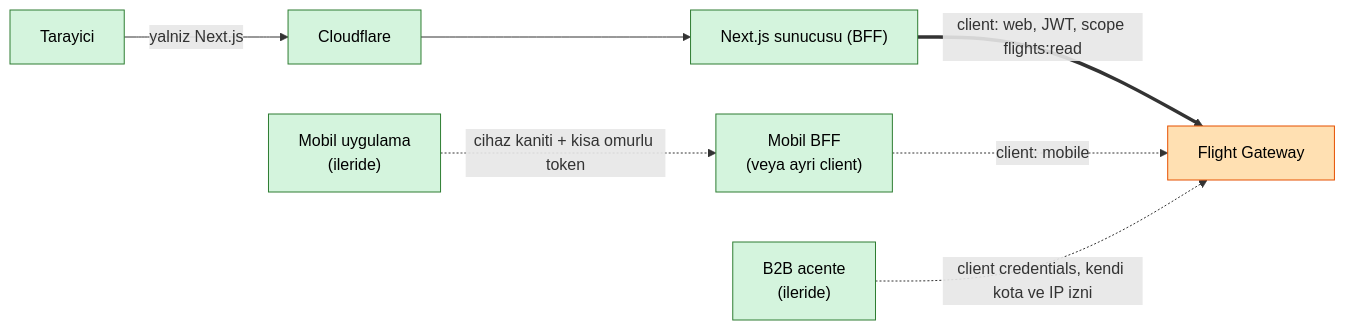
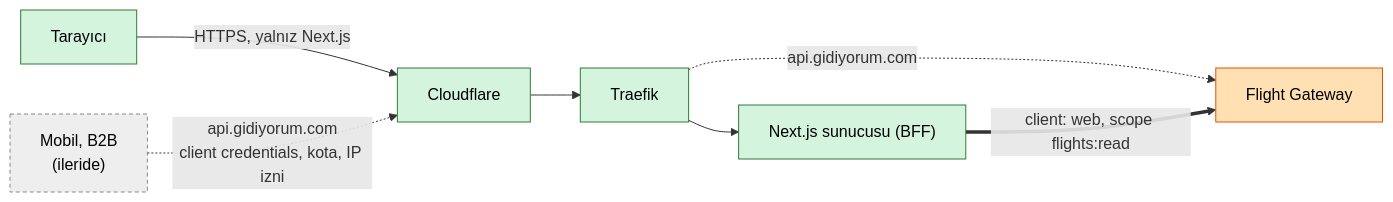
Before and after one commit to cihantaylan/tourvisio-mimari-plan: the seventh of 7 diagrams in README.md, drawn with Mermaid. The commit also changed other lines of this file and 41 other files, not shown here.

````diff
--- a/README.md
+++ b/README.md
@@ -421,21 +463,17 @@
 ```mermaid
 flowchart LR
-    BR["Tarayici"]
-    MOB["Mobil uygulama<br/>(ileride)"]
-    B2B["B2B acente<br/>(ileride)"]
-    CF["Cloudflare"]
-    NX["Next.js sunucusu (BFF)"]
-    MBFF["Mobil BFF<br/>(veya ayri client)"]
-    GW["Flight Gateway"]
-
-    BR -->|"yalniz Next.js"| CF --> NX
-    NX ==>|"client: web, JWT, scope flights:read"| GW
-    MOB -.->|"cihaz kaniti + kisa omurlu token"| MBFF
-    MBFF -.->|"client: mobile"| GW
-    B2B -.->|"client credentials, kendi kota ve IP izni"| GW
-
+    BR["Tarayıcı"]:::pub
+    MOB["Mobil, B2B<br/>(ileride)"]:::fut
+    CF["Cloudflare"]:::pub
+    TRF["Traefik"]:::pub
+    NX["Next.js sunucusu (BFF)"]:::pub
+    GW["Flight Gateway"]:::inner
+    BR -->|"HTTPS, yalnız Next.js"| CF
+    MOB -.->|"api.gidiyorum.com<br/>client credentials, kota, IP izni"| CF
+    CF --> TRF --> NX
+    TRF -.->|"api.gidiyorum.com"| GW
+    NX ==>|"client: web, scope flights:read"| GW
     classDef pub fill:#d4f4dd,stroke:#2e7d32,color:#000
     classDef inner fill:#ffe0b2,stroke:#e65100,color:#000
-    class BR,CF,NX,MOB,B2B,MBFF pub
-    class GW inner
+    classDef fut fill:#eeeeee,stroke:#888,stroke-dasharray:4 3,color:#000
 ```
````
